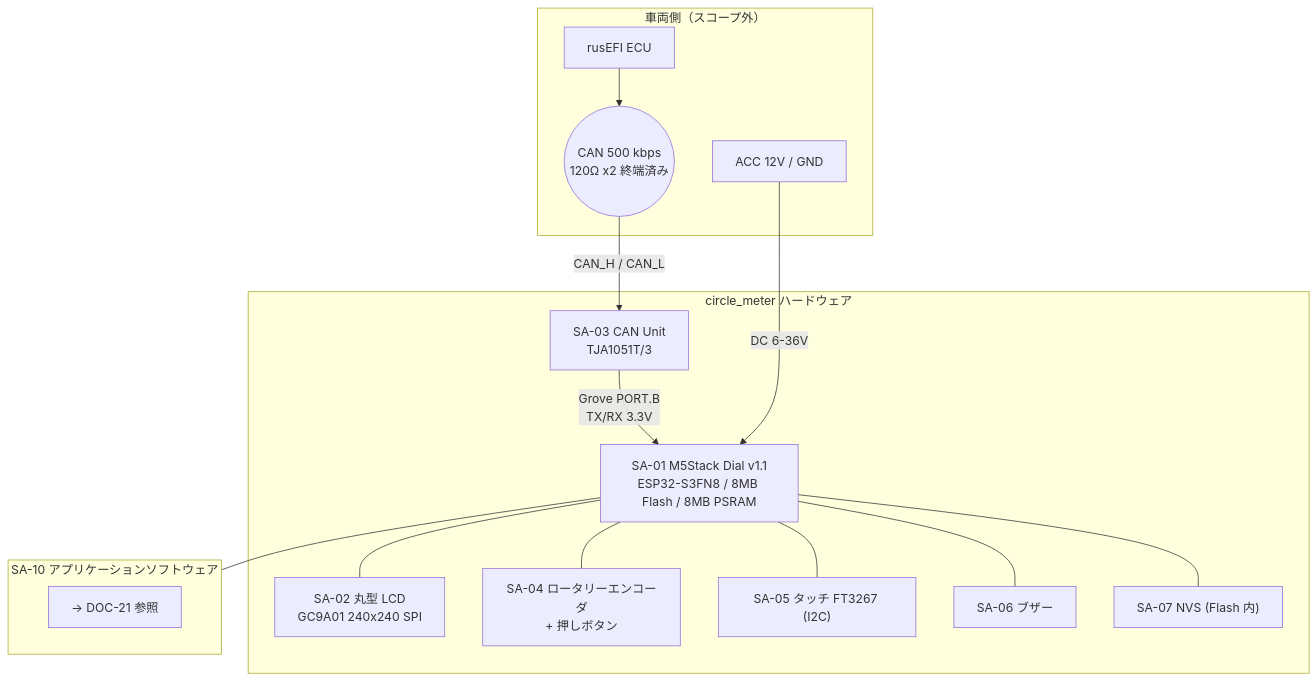
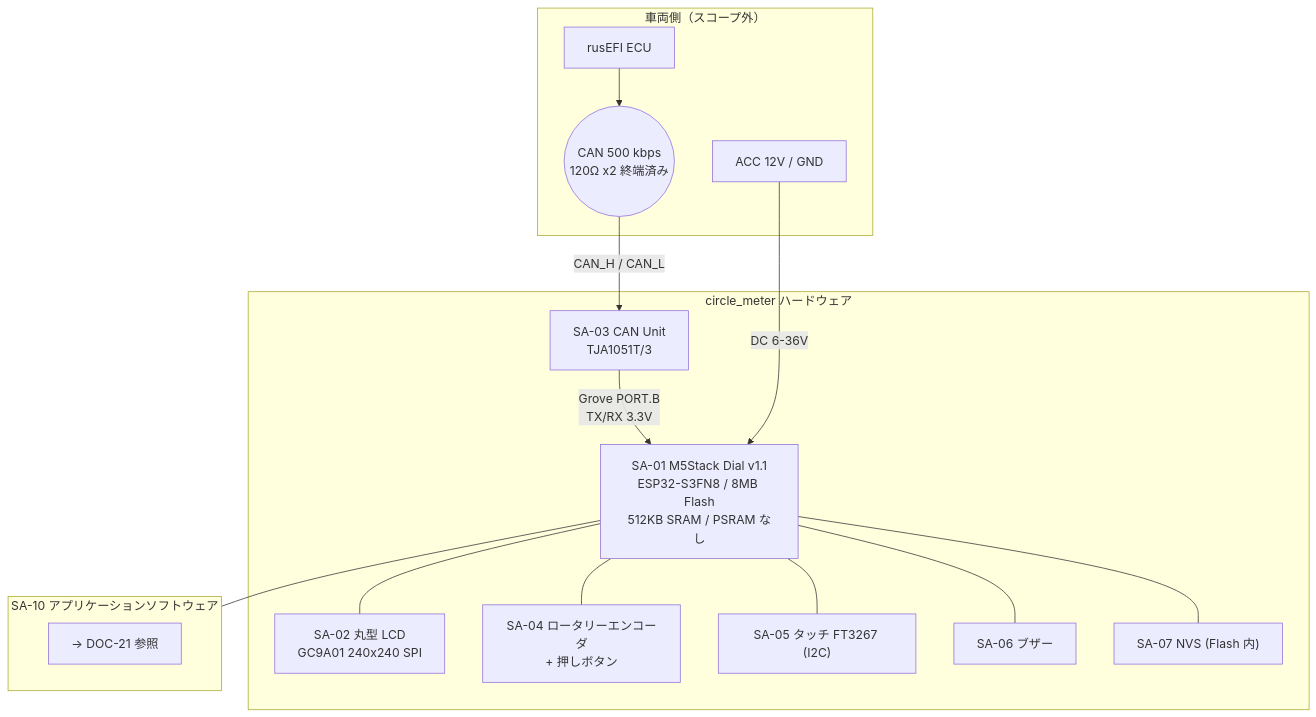
Before and after one commit to chaketek/circle_meter: the first of 2 diagrams in docs/12_SYS3_system_arch.md, drawn with Mermaid. The commit also changed other lines of this file and 3 other files, not shown here.

First line of the commit message:
fix(build): M5Dial に PSRAM は無いため OPI PSRAM 設定を外す

````diff
--- a/docs/12_SYS3_system_arch.md
+++ b/docs/12_SYS3_system_arch.md
@@ -14,33 +14,33 @@
 ```mermaid
 flowchart TB
     subgraph VEH["車両側（スコープ外）"]
       ECU["rusEFI ECU"]
       BUS(("CAN 500 kbps\n120Ω x2 終端済み"))
       ACC["ACC 12V / GND"]
     end
 
     subgraph HW["circle_meter ハードウェア"]
       SA3["SA-03 CAN Unit\nTJA1051T/3"]
-      SA1["SA-01 M5Stack Dial v1.1\nESP32-S3FN8 / 8MB Flash / 8MB PSRAM"]
+      SA1["SA-01 M5Stack Dial v1.1\nESP32-S3FN8 / 8MB Flash\n512KB SRAM / PSRAM なし"]
       SA2["SA-02 丸型 LCD\nGC9A01 240x240 SPI"]
       SA4["SA-04 ロータリーエンコーダ\n+ 押しボタン"]
       SA5["SA-05 タッチ FT3267 (I2C)"]
       SA6["SA-06 ブザー"]
       SA7["SA-07 NVS (Flash 内)"]
     end
 
     subgraph SW["SA-10 アプリケーションソフトウェア"]
       SWX["→ DOC-21 参照"]
     end
 
     ECU --> BUS
     BUS -->|CAN_H / CAN_L| SA3
     SA3 -->|Grove PORT.B\nTX/RX 3.3V| SA1
     ACC -->|DC 6-36V| SA1
     SA1 --- SA2
     SA1 --- SA4
     SA1 --- SA5
     SA1 --- SA6
     SA1 --- SA7
     SA1 --- SW
 ```
````
